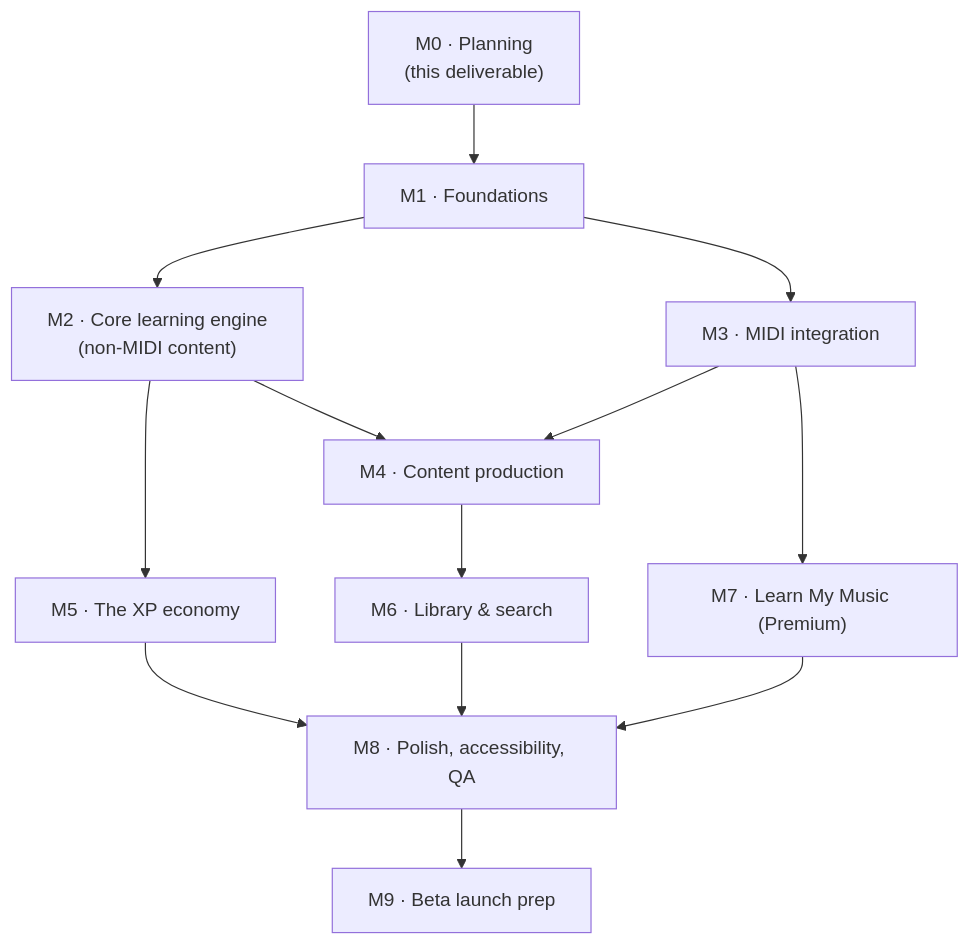
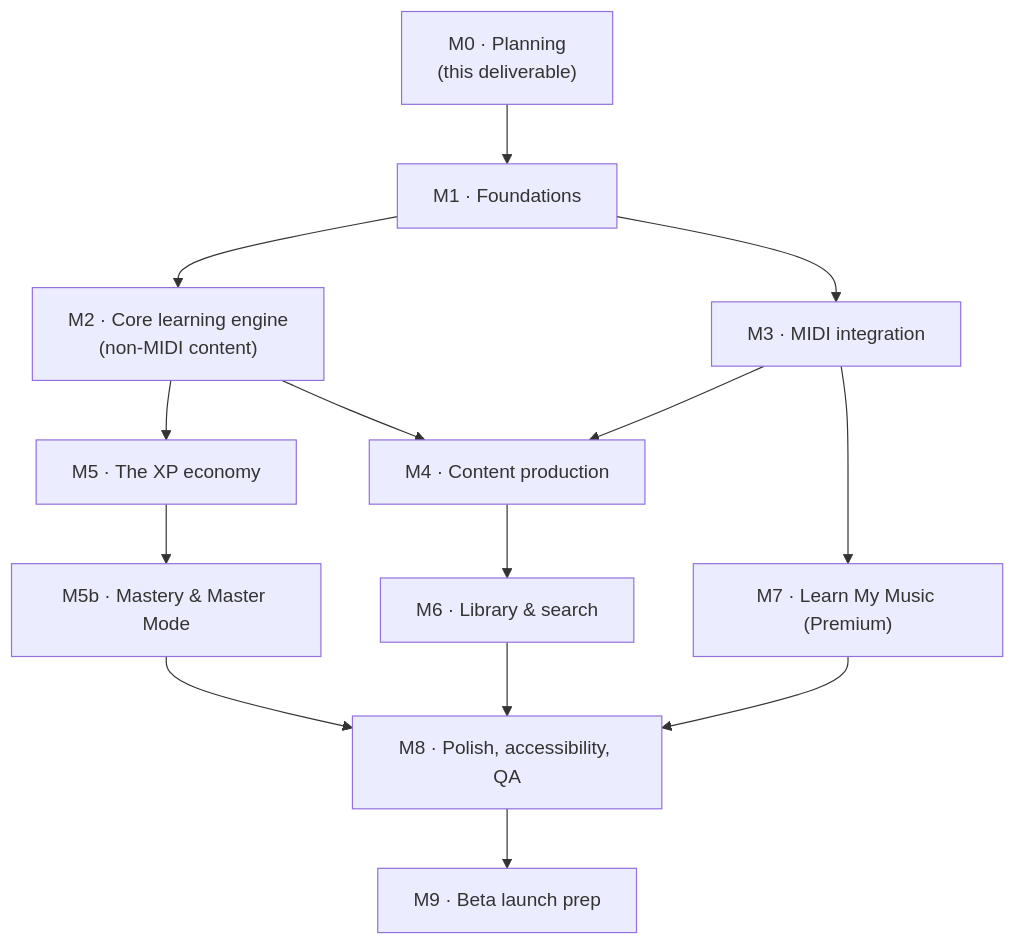
One commit to IndraKar/keyboard-app changed the diagram in docs/05-roadmap.md. Above: the diagram before and after it, drawn with Mermaid. The commit also changed other lines of this file and 4 other files, not shown here.

First line of the commit message:
Add the mastery endgame: Master Mode, achievements and share cards

````diff
--- a/docs/05-roadmap.md
+++ b/docs/05-roadmap.md
@@ -7,15 +7,16 @@
 ```mermaid
 flowchart TD
     M0["M0 · Planning<br/>(this deliverable)"] --> M1["M1 · Foundations"]
     M1 --> M2["M2 · Core learning engine<br/>(non-MIDI content)"]
     M1 --> M3["M3 · MIDI integration"]
     M2 --> M4["M4 · Content production"]
     M3 --> M4
     M2 --> M5["M5 · The XP economy"]
     M4 --> M6["M6 · Library & search"]
     M3 --> M7["M7 · Learn My Music (Premium)"]
-    M5 --> M8["M8 · Polish, accessibility, QA"]
+    M5 --> M5b["M5b · Mastery & Master Mode"]
+    M5b --> M8["M8 · Polish, accessibility, QA"]
     M6 --> M8
     M7 --> M8
     M8 --> M9["M9 · Beta launch prep"]
 ```
````
